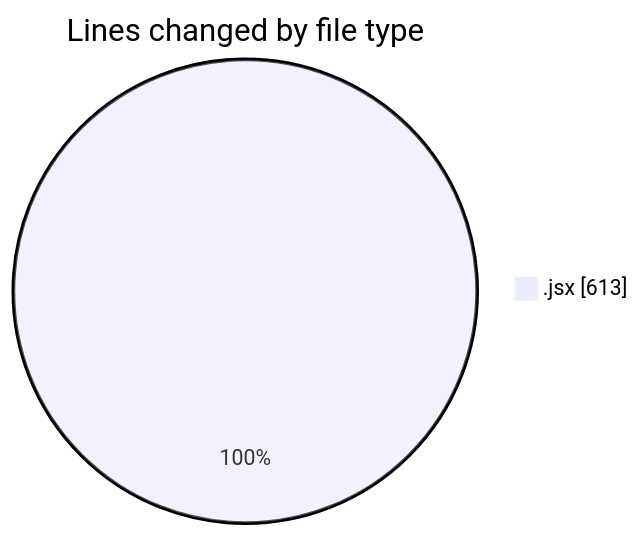
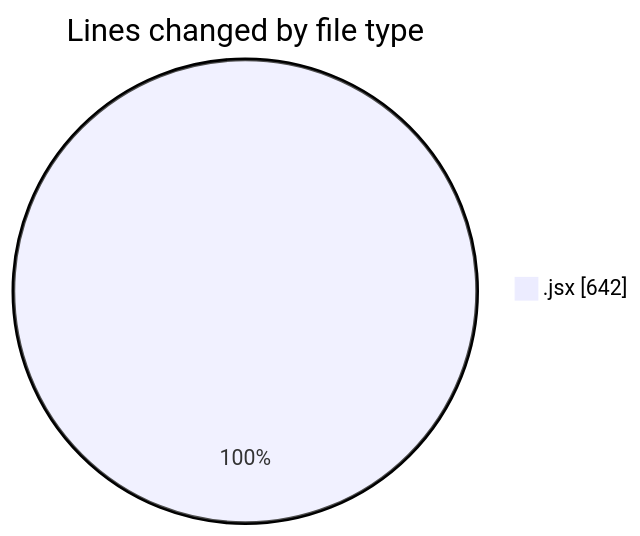
One commit to nxtqubesakshisongat/code-tracking changed the first of 2 diagrams in 2025-07-11/argos/README.md. Above: the diagram before and after it, drawn with Mermaid. The commit also changed other lines of this file and 1 other file, not shown here.

````diff
--- a/2025-07-11/argos/README.md
+++ b/2025-07-11/argos/README.md
@@ -22,5 +22,5 @@
 ```mermaid
 pie showData
 title Lines changed by file type
-".jsx" : 613
+".jsx" : 642
 ```
````
